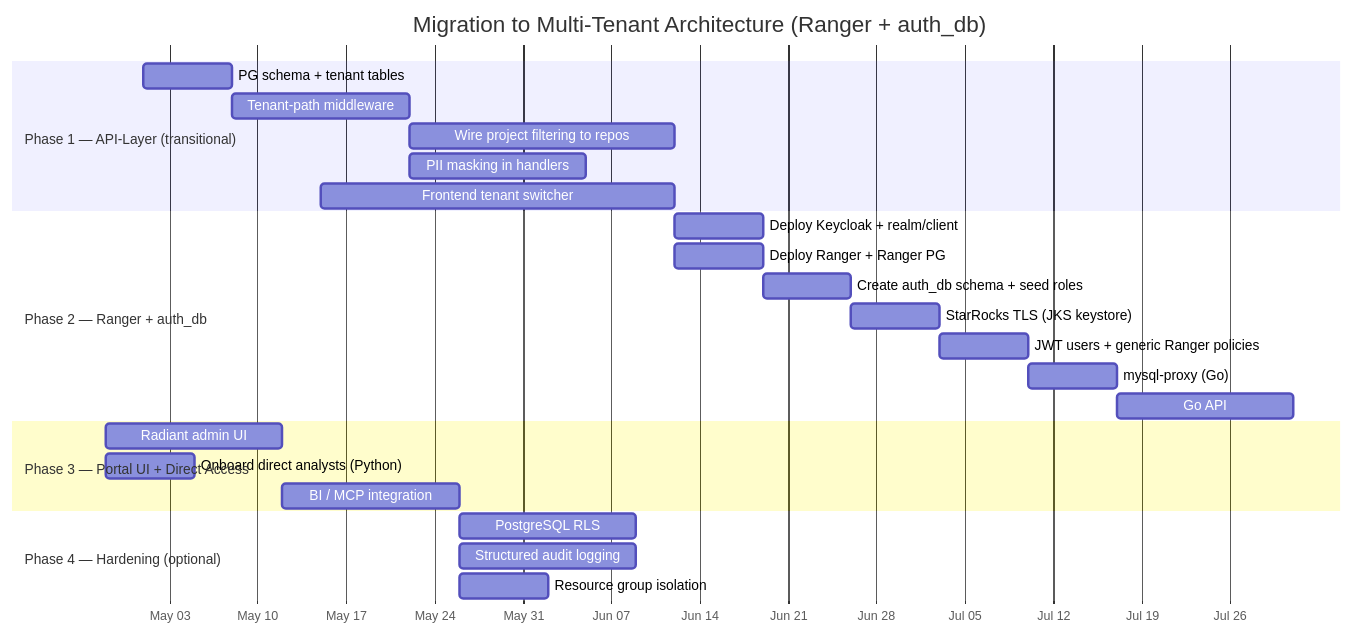
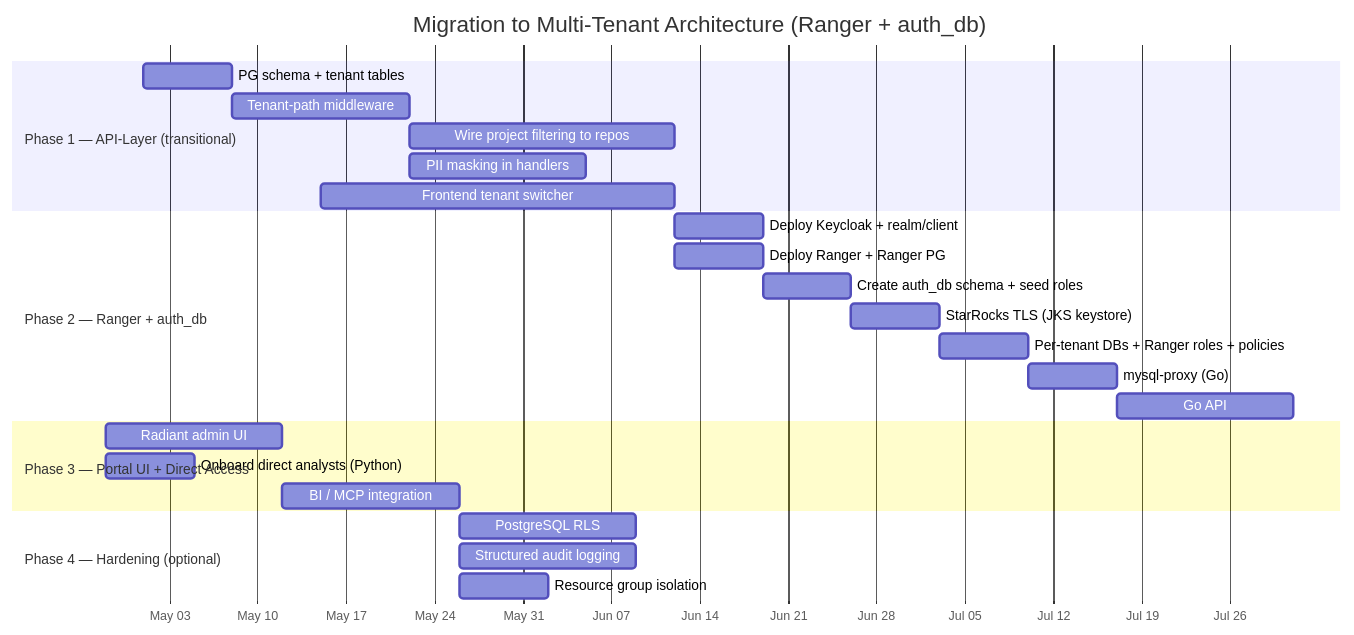
One commit to radiant-network/radiant-portal changed the fifth of 6 diagrams in docs/adr/multi-tenancy-security.md. Above: the diagram before and after it, drawn with Mermaid. The commit also changed other lines of this file, not shown here.

First line of the commit message:
docs(adr): SJRA-0000 align adr with per-tenant db design

````diff
--- a/docs/adr/multi-tenancy-security.md
+++ b/docs/adr/multi-tenancy-security.md
@@ -942,32 +1018,32 @@
 ```mermaid
 gantt
     title Migration to Multi-Tenant Architecture (Ranger + auth_db)
     dateFormat YYYY-MM-DD
     axisFormat %b %d
 
     section Phase 1 — API-Layer (transitional)
     PG schema + tenant tables           :p1a, 2026-05-01, 1w
     Tenant-path middleware              :p1b, after p1a, 2w
     Wire project filtering to repos     :p1c, after p1b, 3w
     PII masking in handlers             :p1d, after p1b, 2w
     Frontend tenant switcher            :p1e, 2026-05-15, 4w
 
     section Phase 2 — Ranger + auth_db
     Deploy Keycloak + realm/client      :p2a, after p1c, 1w
     Deploy Ranger + Ranger PG           :p2b, after p1c, 1w
     Create auth_db schema + seed roles  :p2c, after p2a, 1w
     StarRocks TLS (JKS keystore)        :p2d, after p2c, 1w
-    JWT users + generic Ranger policies :p2e, after p2d, 1w
+    Per-tenant DBs + Ranger roles + policies :p2e, after p2d, 1w
     mysql-proxy (Go)                    :p2f, after p2e, 1w
     Go API: Bearer JWT via proxy        :p2g, after p2f, 2w
 
     section Phase 3 — Portal UI + Direct Access
     Radiant admin UI                    :p3a, after p2g, 2w
     Onboard direct analysts (Python)    :p3b, after p2g, 1w
     BI / MCP integration                :p3c, after p3a, 2w
 
     section Phase 4 — Hardening (optional)
     PostgreSQL RLS                      :p4a, after p3c, 2w
     Structured audit logging            :p4b, after p3c, 2w
     Resource group isolation            :p4c, after p3c, 1w
 ```
````
